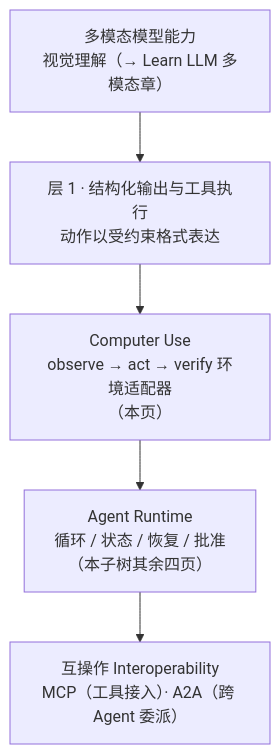
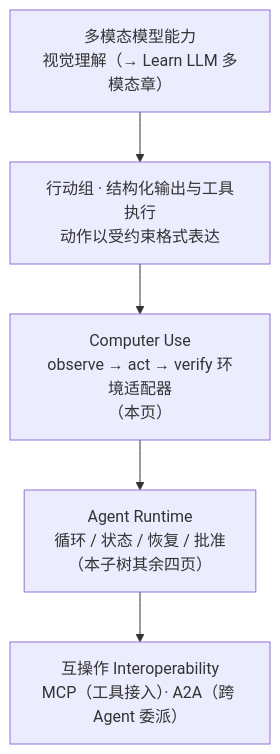
The diagram in docs/zh/tech/06-agent-systems/computer-use.md (zenHeart/learn-ai), drawn with Mermaid before and after one commit. The commit also changed other lines of this file and 67 other files, not shown here.

````diff
--- a/docs/zh/tech/06-agent-systems/computer-use.md
+++ b/docs/zh/tech/06-agent-systems/computer-use.md
@@ -30,7 +30,7 @@
 ```mermaid
 flowchart TB
-    M["多模态模型能力<br/>视觉理解（→ Learn LLM 多模态章）"] --> S["层 1 · 结构化输出与工具执行<br/>动作以受约束格式表达"]
+    M["多模态模型能力<br/>视觉理解（→ Learn LLM 多模态章）"] --> S["行动组 · 结构化输出与工具执行<br/>动作以受约束格式表达"]
     S --> C["Computer Use<br/>observe → act → verify 环境适配器<br/>（本页）"]
     C --> R["Agent Runtime<br/>循环 / 状态 / 恢复 / 批准<br/>（本子树其余四页）"]
     R --> I["互操作 Interoperability<br/>MCP（工具接入）· A2A（跨 Agent 委派）"]
 ```
````
